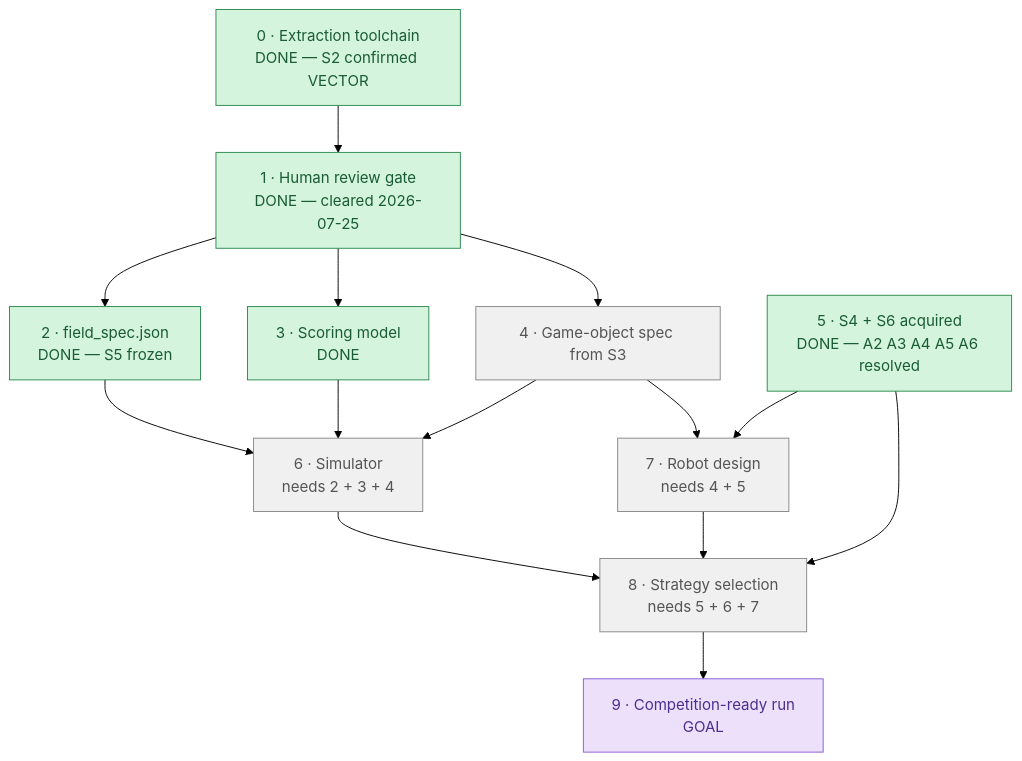
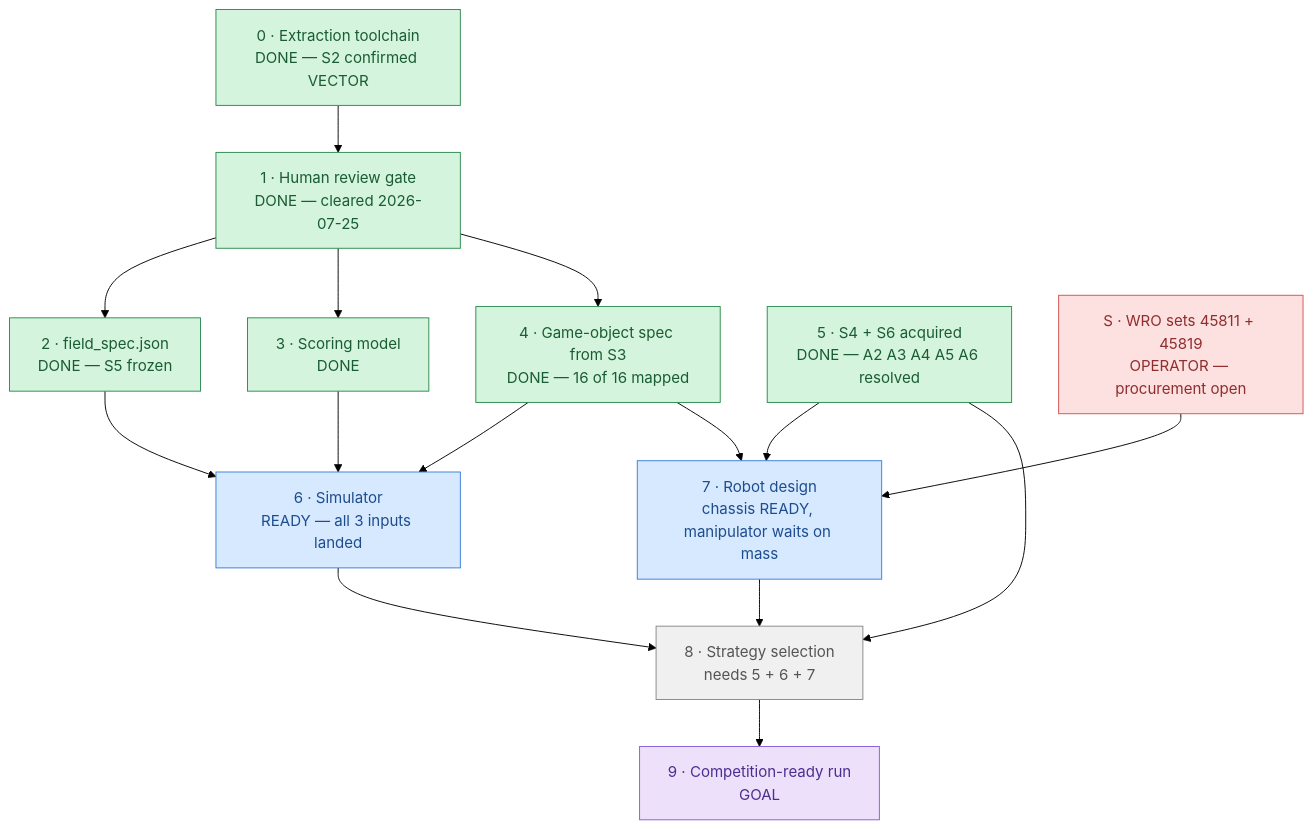
The diagram in docs/plans/ROADMAP.md (lumduan/wro-2026), drawn with Mermaid (forest theme) before and after one commit. The commit also changed other lines of this file and 10 other files, not shown here.

````diff
--- a/docs/plans/ROADMAP.md
+++ b/docs/plans/ROADMAP.md
@@ -7,28 +7,30 @@
 ```mermaid
 flowchart TD
     P0["0 · Extraction toolchain<br/>DONE — S2 confirmed VECTOR"] --> P1["1 · Human review gate<br/>DONE — cleared 2026-07-25"]
     P1 --> P2["2 · field_spec.json<br/>DONE — S5 frozen"]
     P1 --> P3["3 · Scoring model<br/>DONE"]
-    P1 --> P4["4 · Game-object spec from S3"]
-    P2 --> P6["6 · Simulator<br/>needs 2 + 3 + 4"]
+    P1 --> P4["4 · Game-object spec from S3<br/>DONE — 16 of 16 mapped"]
+    P2 --> P6["6 · Simulator<br/>READY — all 3 inputs landed"]
     P3 --> P6
     P4 --> P6
-    P5["5 · S4 + S6 acquired<br/>DONE — A2 A3 A4 A5 A6 resolved"] --> P7["7 · Robot design<br/>needs 4 + 5"]
+    P5["5 · S4 + S6 acquired<br/>DONE — A2 A3 A4 A5 A6 resolved"] --> P7["7 · Robot design<br/>chassis READY, manipulator waits on mass"]
     P4 --> P7
+    SETS["S · WRO sets 45811 + 45819<br/>OPERATOR — procurement open"] --> P7
     P6 --> P8["8 · Strategy selection<br/>needs 5 + 6 + 7"]
     P7 --> P8
     P5 --> P8
     P8 --> P9["9 · Competition-ready run<br/>GOAL"]
 
     classDef done     fill:#d4f4dd,stroke:#2d8a4e,color:#1a5c33
     classDef active   fill:#fff3cd,stroke:#cc9a06,color:#7a5c04
     classDef ready    fill:#d6e9ff,stroke:#3b7dd8,color:#1e4d8f
     classDef blocked  fill:#f0f0f0,stroke:#888,color:#555
     classDef decision fill:#fde0e0,stroke:#d05555,color:#8f2e2e
     classDef goal     fill:#ede0fb,stroke:#8a5cd8,color:#4d2e8f
 
-    class P0,P1,P2,P3,P5 done
-    class P4 ready
-    class P4,P6,P7,P8 blocked
+    class P0,P1,P2,P3,P4,P5 done
+    class P6,P7 ready
+    class SETS decision
+    class P8 blocked
     class P9 goal
 ```
````
